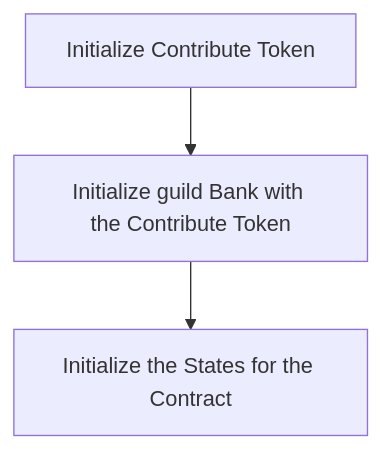
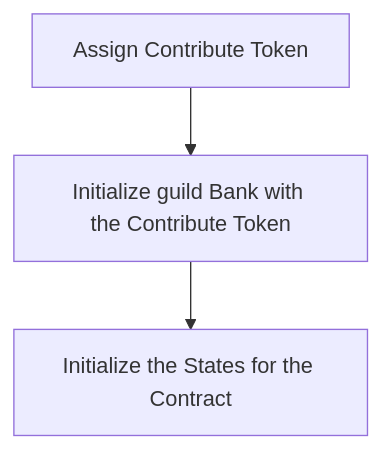
The diagram in flows/constructor.md (coinocracy/fund-contracts), drawn with Mermaid before and after one commit. The commit also changed 6 other files, not shown here.

Commit message:
changes to mermaid docs

````diff
--- a/flows/constructor.md
+++ b/flows/constructor.md
@@ -1,10 +1,10 @@
 ```mermaid
 
 flowchart TD
-A["Initialize Contribute Token"]
+A["Assign Contribute Token"]
 B["Initialize guild Bank with the Contribute Token"]
 C["Initialize the States for the Contract"]
 A --> B
 B --> C
 
 ```
````
